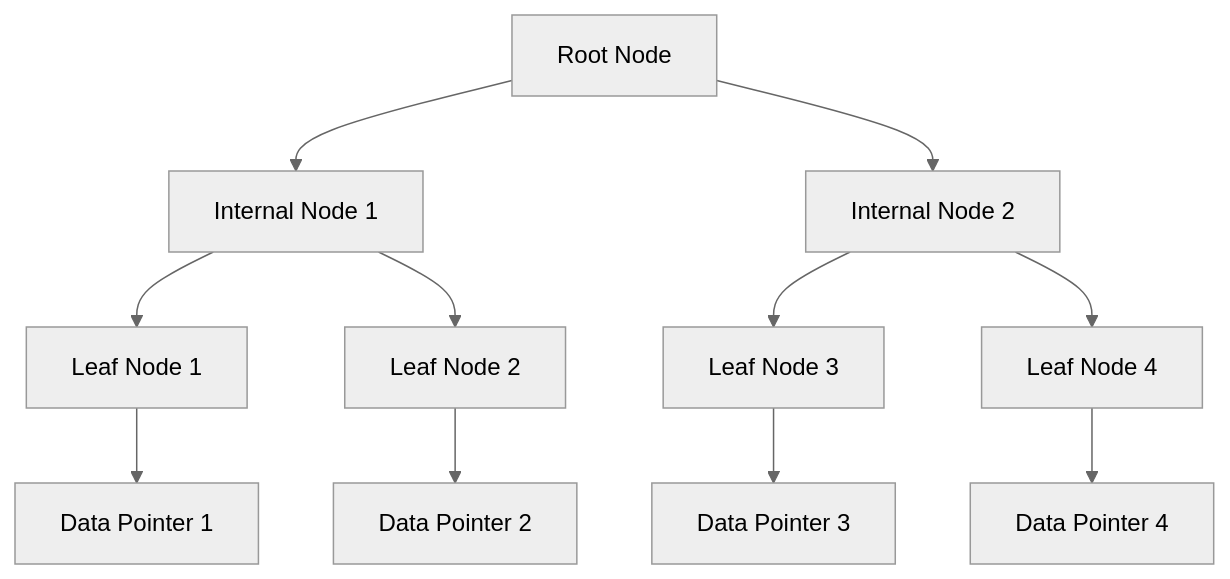
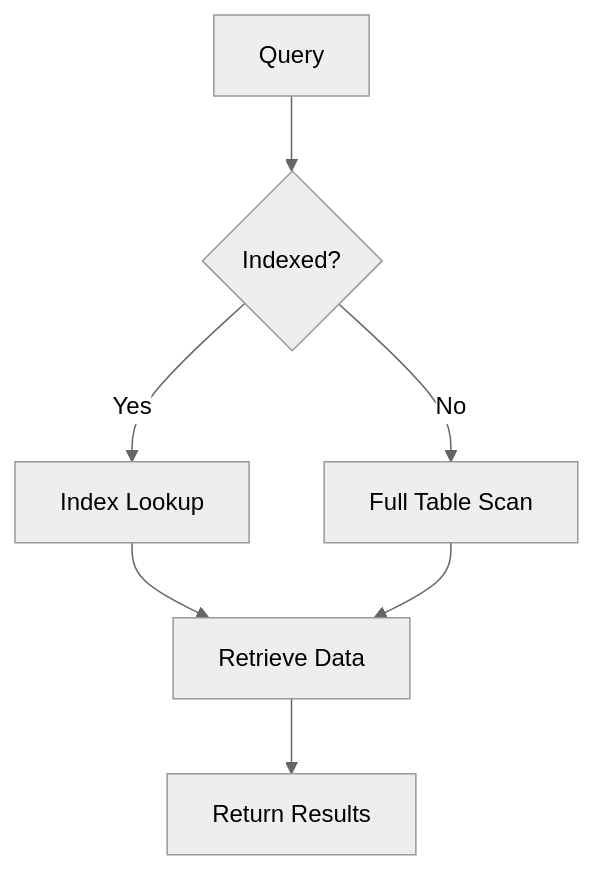
Before and after one commit to VrushankPatel/interview-matters: the diagram in database-indexing-strategies/README.md, drawn with Mermaid (neutral theme). The commit also changed other lines of this file and 1 other file, not shown here.

Commit message:
kb: update root index with new topics

````diff
--- a/database-indexing-strategies/README.md
+++ b/database-indexing-strategies/README.md
@@ -52,13 +40,9 @@
 ```mermaid
 graph TD
-    A[Root Node] --> B[Internal Node 1]
-    A --> C[Internal Node 2]
-    B --> D[Leaf Node 1]
-    B --> E[Leaf Node 2]
-    C --> F[Leaf Node 3]
-    C --> G[Leaf Node 4]
-    D --> H[Data Pointer 1]
-    E --> I[Data Pointer 2]
-    F --> J[Data Pointer 3]
-    G --> K[Data Pointer 4]
+    A[Query] --> B{Indexed?}
+    B -->|Yes| C[Index Lookup]
+    B -->|No| D[Full Table Scan]
+    C --> E[Retrieve Data]
+    D --> E
+    E --> F[Return Results]
 ```
````
